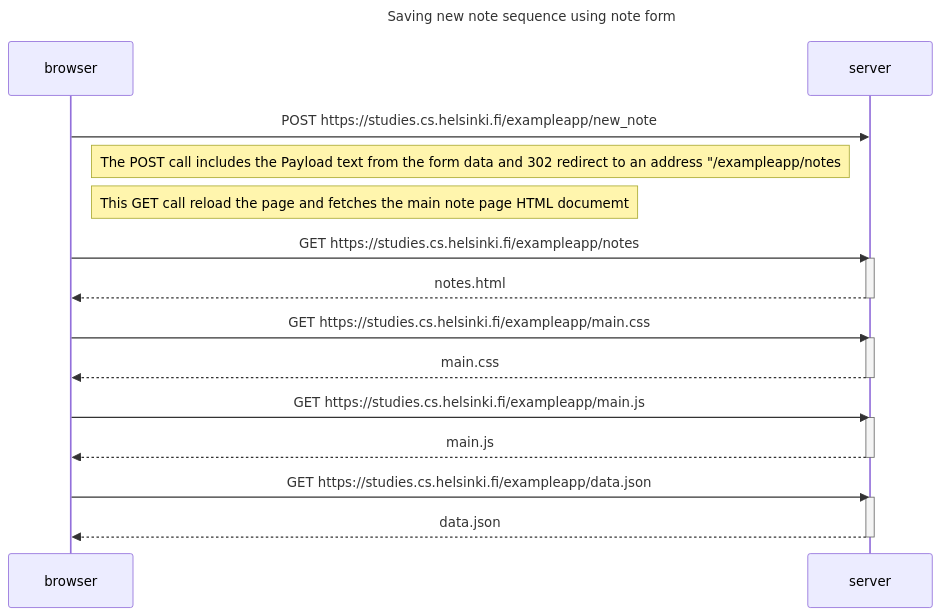
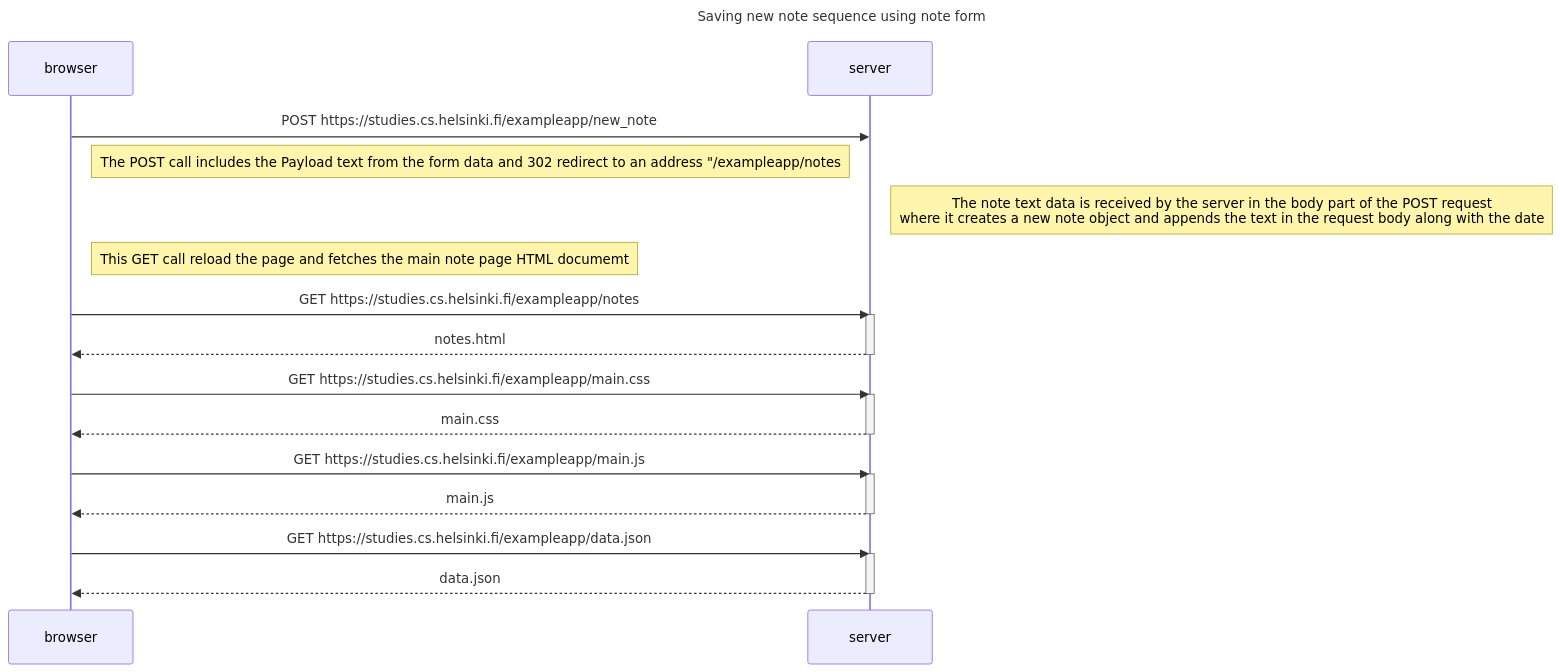
One commit to R-404/Full_stack_Open changed the diagram in part0/0_4_new_note_diagram.md. Above: the diagram before and after it, drawn with Mermaid.

Commit message:
update: part0/ 0.4/ new note server operation comment

````diff
--- a/part0/0_4_new_note_diagram.md
+++ b/part0/0_4_new_note_diagram.md
@@ -1,31 +1,35 @@
 ```mermaid
 sequenceDiagram
     participant browser
     participant server
 
     title Saving new note sequence using note form
 
     browser->>server: POST https://studies.cs.helsinki.fi/exampleapp/new_note
     Note right of browser: The POST call includes the Payload text from the form data and 302 redirect to an address "/exampleapp/notes
+
+    Note right of server: The note text data is received by the server in the body part of the POST request <br/> where it creates a new note object and appends the text in the request body along with the date
+
+
     Note right of browser: This GET call reload the page and fetches the main note page HTML documemt
     
     browser->>server: GET https://studies.cs.helsinki.fi/exampleapp/notes
     activate server
     server-->>browser: notes.html
     deactivate server
 
     browser->>server: GET https://studies.cs.helsinki.fi/exampleapp/main.css
     activate server
     server-->>browser: main.css
     deactivate server
 
     browser->>server: GET https://studies.cs.helsinki.fi/exampleapp/main.js
     activate server
     server-->>browser: main.js
     deactivate server
 
     browser->>server: GET https://studies.cs.helsinki.fi/exampleapp/data.json
     activate server
     server-->>browser: data.json
     deactivate server
 ```
````
